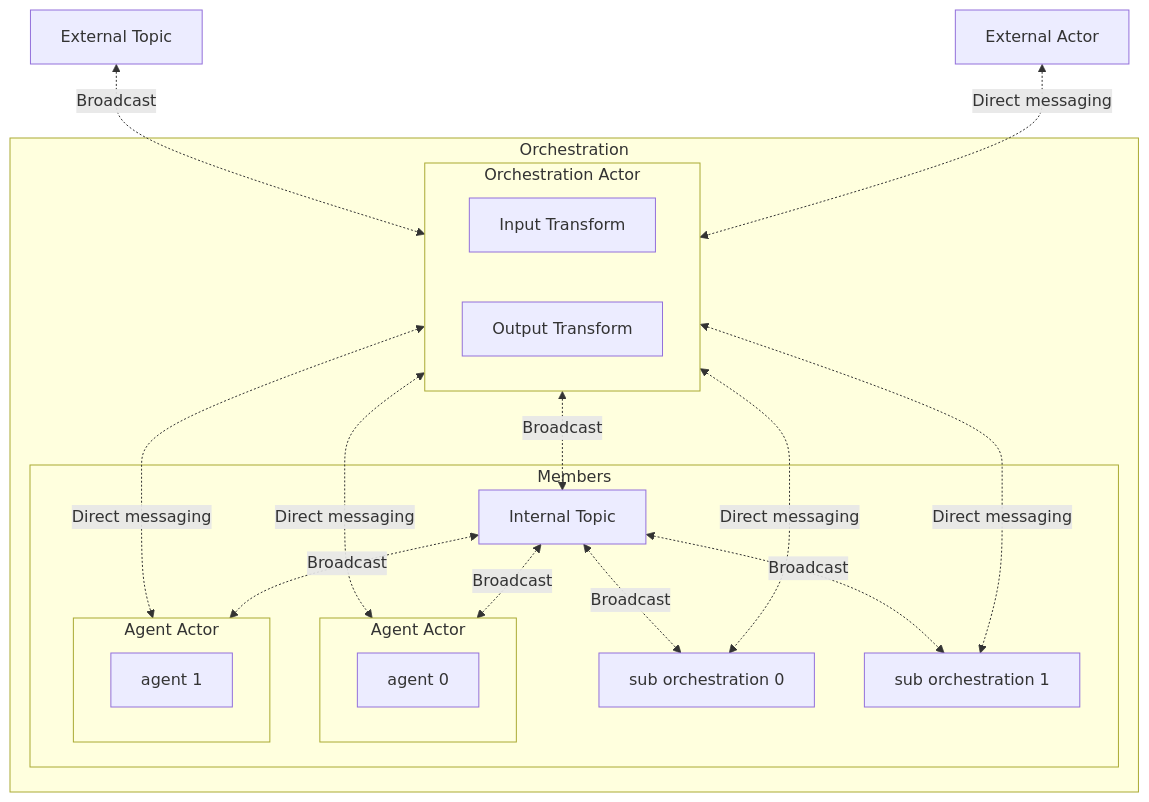
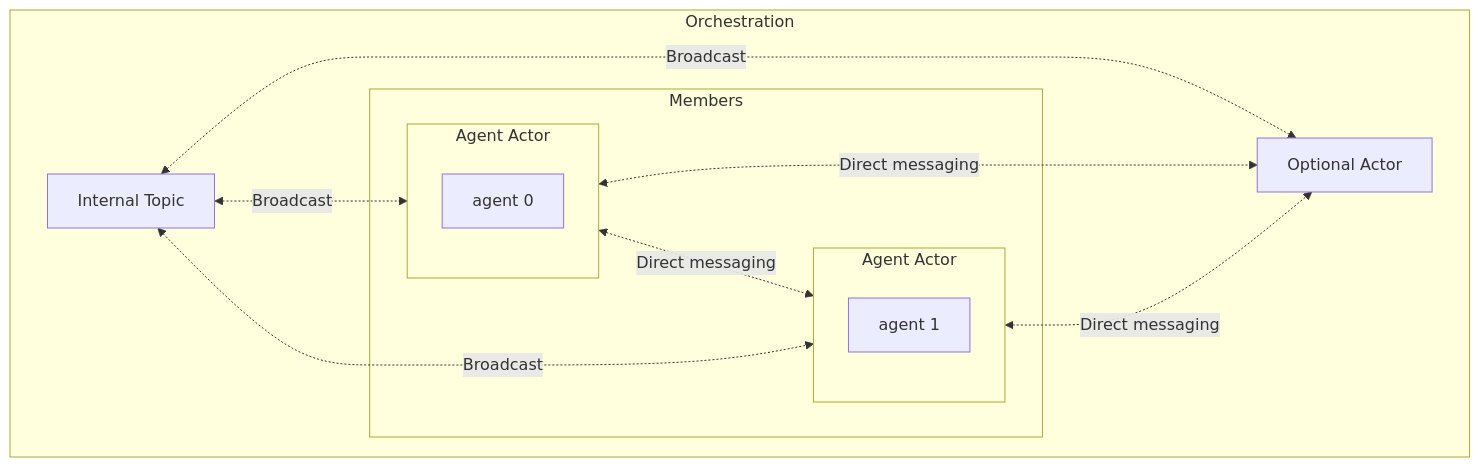
One commit to microsoft/semantic-kernel changed the first of 5 diagrams in docs/decisions/00xx-multi-agent-orchestration.md. Above: the diagram before and after it, drawn with Mermaid. The commit also changed other lines of this file, not shown here.

````diff
--- a/docs/decisions/00xx-multi-agent-orchestration.md
+++ b/docs/decisions/00xx-multi-agent-orchestration.md
@@ -219,43 +143,31 @@
 ```mermaid
 graph TD
-  %% External
-  EXT_Topic[External Topic]
-  EXT_Actor[External Actor]
-
   %% Outer Block
   subgraph Orchestration
-    subgraph OA[Orchestration Actor]
-      InputTransform[Input Transform]
-      OutputTransform[Output Transform]
-    end
 
     subgraph Members[Members]
       subgraph AA0[Agent Actor]
         AG0[agent 0]
       end
       subgraph AA1[Agent Actor]
         AG1[agent 1]
       end
 
-      SO0[sub orchestration 0]
-      SO1[sub orchestration 1]
-      IT[Internal Topic]
     end
+    
+    IT[Internal Topic]
+
+    OA[Optional Actor]
 
   end
 
   %% Connections
-  EXT_Topic <-.Broadcast.-> OA
-  EXT_Actor <-.Direct messaging.-> OA
-  OA <-.Broadcast.-> IT
 
-  OA <-.Direct messaging.-> AA0
-  OA <-.Direct messaging.-> AA1
-  OA <-.Direct messaging.-> SO0
-  OA <-.Direct messaging.-> SO1
+  AA0 <-.Direct messaging.-> AA1
+  AA0 <-.Direct messaging.-> OA
+  AA1 <-.Direct messaging.-> OA
 
   IT <-.Broadcast.-> AA0
   IT <-.Broadcast.-> AA1
-  IT <-.Broadcast.-> SO0
-  IT <-.Broadcast.-> SO1
+  IT <-.Broadcast.-> OA
 ```
````
